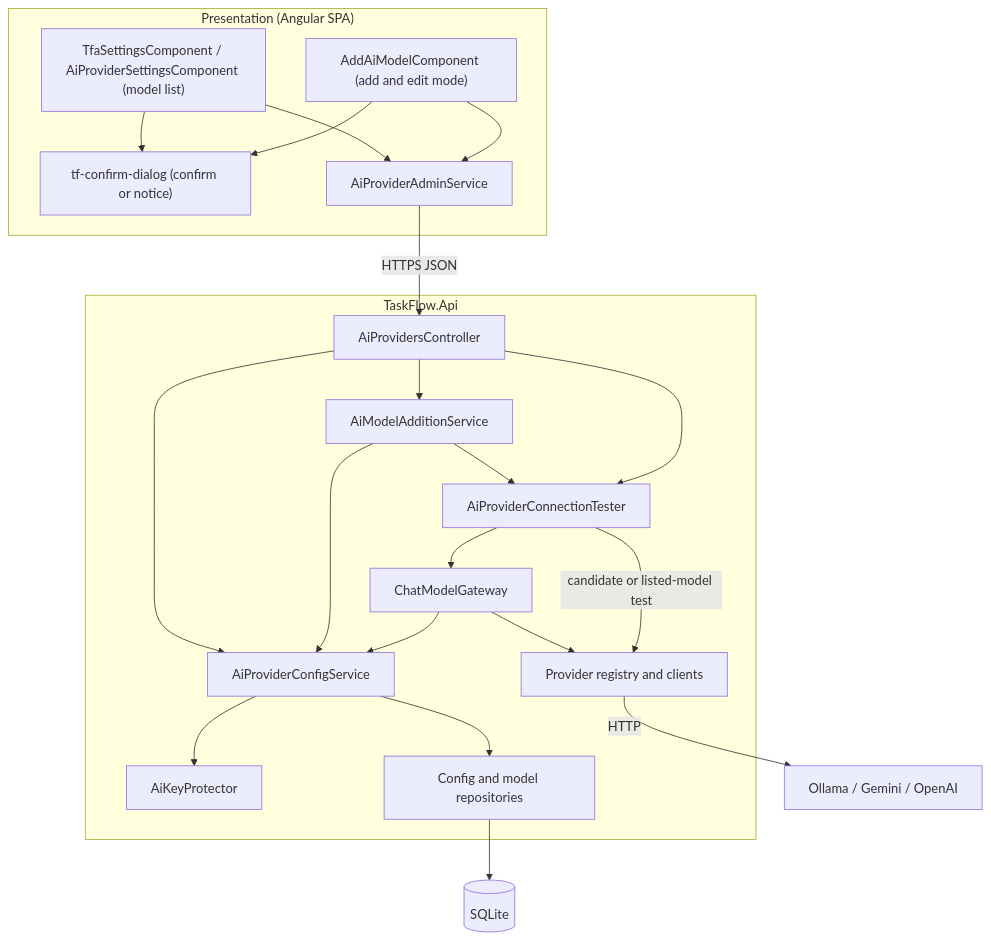
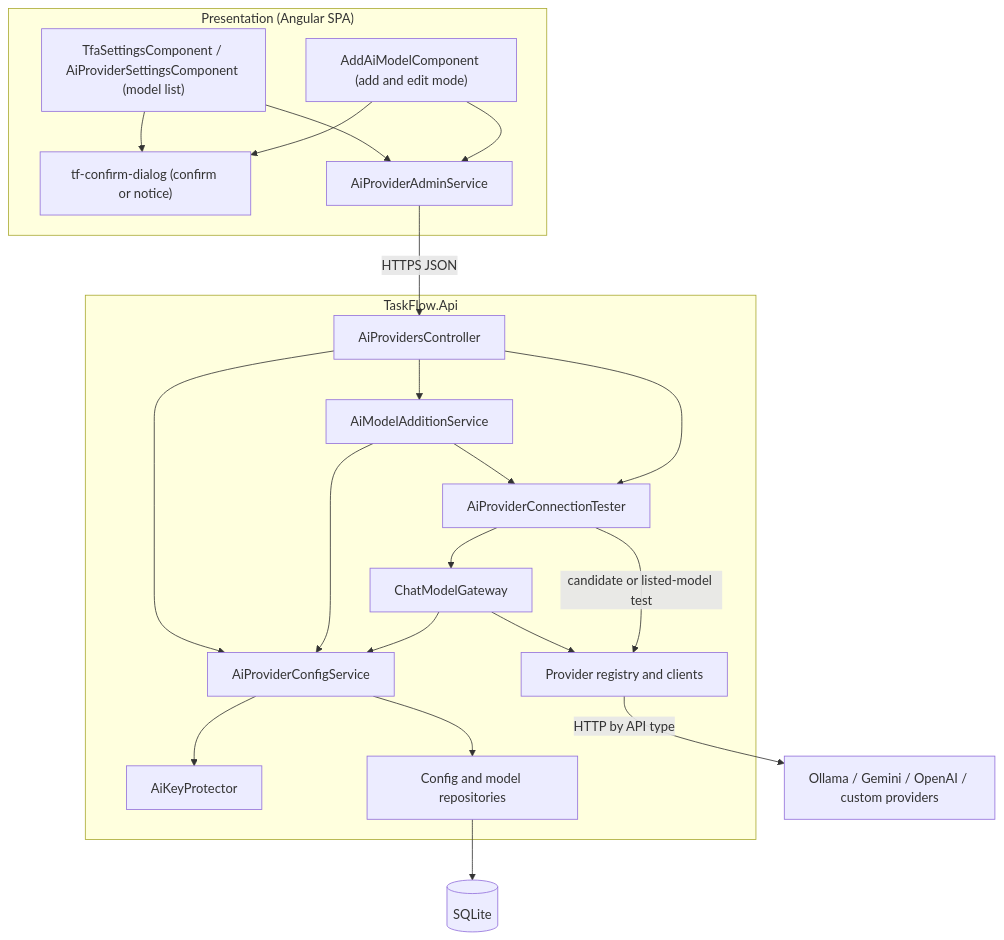
Before and after one commit to jojogeorge3344/TaskFlow-Project: the second of 9 diagrams in TF - Documents/TF - HLD/06-Settings/06.3-TFA-Settings/HLD-TFA-Settings.md, drawn with Mermaid. The commit also changed other lines of this file and 8 other files, not shown here.

First line of the commit message:
docs(tfa): document custom AI providers in the TFA Settings and Assistant docs

````diff
--- a/TF - Documents/TF - HLD/06-Settings/06.3-TFA-Settings/HLD-TFA-Settings.md
+++ b/TF - Documents/TF - HLD/06-Settings/06.3-TFA-Settings/HLD-TFA-Settings.md
@@ -165,32 +184,32 @@
 ```mermaid
 flowchart TB
   subgraph Client["Presentation (Angular SPA)"]
     PAGE["TfaSettingsComponent / AiProviderSettingsComponent (model list)"]
     ADD["AddAiModelComponent (add and edit mode)"]
     DLG["tf-confirm-dialog (confirm or notice)"]
     FSVC["AiProviderAdminService"]
   end
   subgraph Server["TaskFlow.Api"]
     CTRL["AiProvidersController"]
     CFG["AiProviderConfigService"]
     MADD["AiModelAdditionService"]
     TST["AiProviderConnectionTester"]
     KP["AiKeyProtector"]
     REPO["Config and model repositories"]
     GW["ChatModelGateway"]
     REG["Provider registry and clients"]
   end
   PAGE --> FSVC -->|"HTTPS JSON"| CTRL
   PAGE --> DLG
   ADD --> DLG
   ADD --> FSVC
   CTRL --> CFG
   CTRL --> MADD --> TST
   MADD --> CFG
   CTRL --> TST --> GW --> REG
   TST -->|"candidate or listed-model test"| REG
   GW --> CFG
   CFG --> KP
   CFG --> REPO --> DB[("SQLite")]
-  REG -->|"HTTP"| AI["Ollama / Gemini / OpenAI"]
+  REG -->|"HTTP by API type"| AI["Ollama / Gemini / OpenAI / custom providers"]
 ```
````
